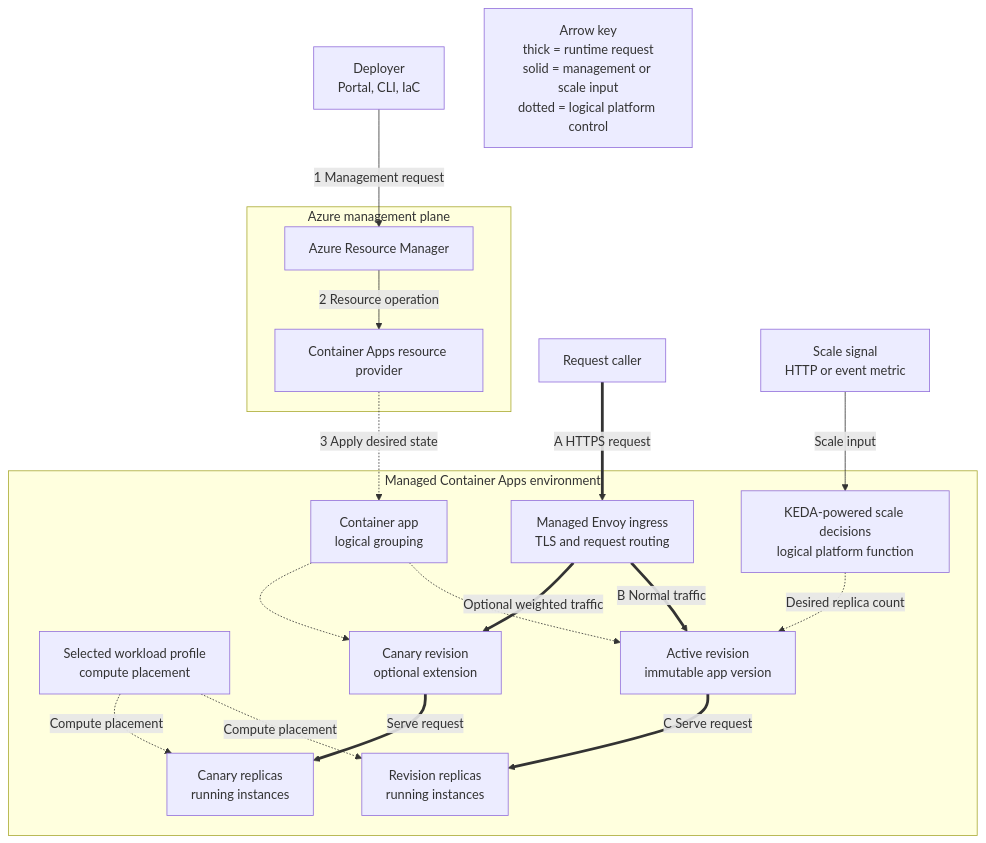
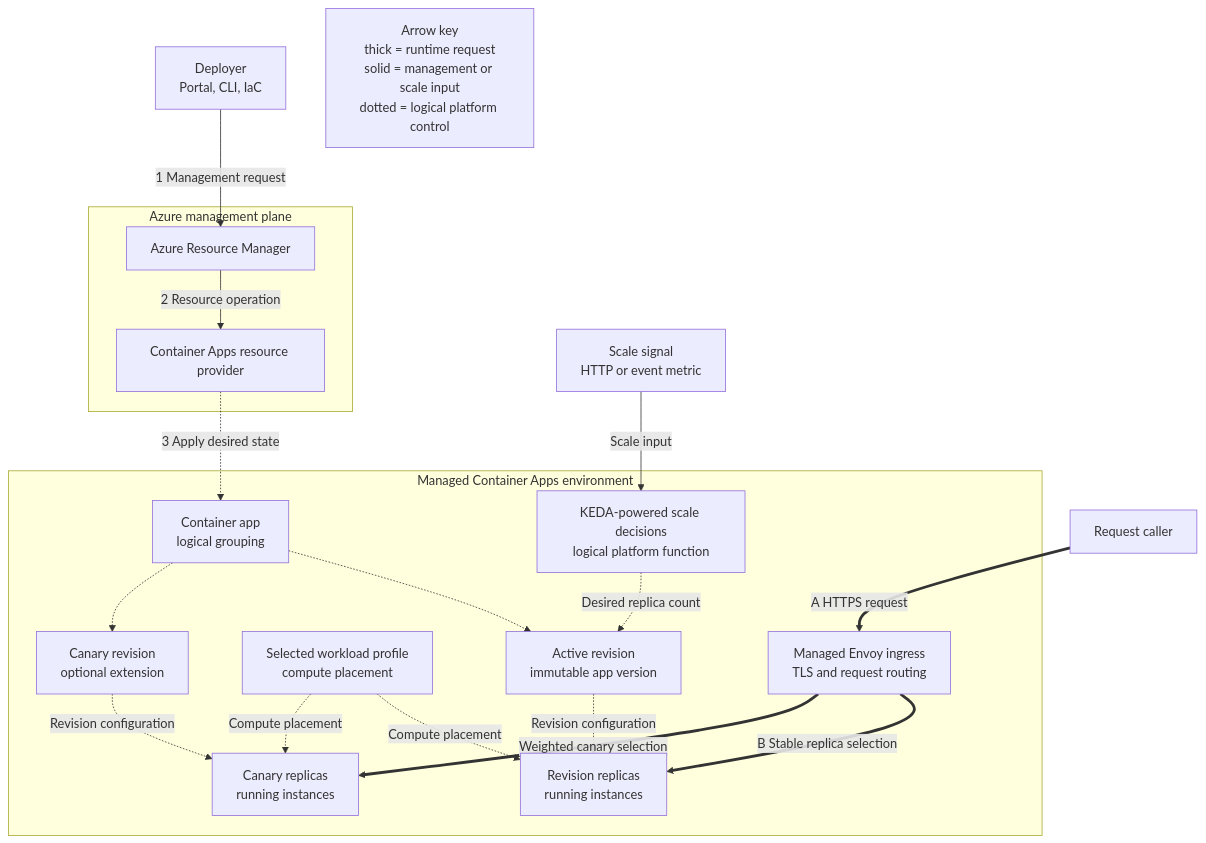
One commit to yeongseon/azure-container-apps-practical-guide changed the first of 2 diagrams in docs/platform/architecture/index.md. Above: the diagram before and after it, drawn with Mermaid. The commit also changed other lines of this file and 7 other files, not shown here.

First line of the commit message:
fix(diagrams): correct request paths and record review of platform and troubleshooting diagrams (#638)

````diff
--- a/docs/platform/architecture/index.md
+++ b/docs/platform/architecture/index.md
@@ -58,45 +58,45 @@
 ```mermaid
 flowchart TD
     accTitle: Azure Container Apps logical base topology
-    accDescr: Management requests pass through Azure Resource Manager and the Container Apps resource provider. In the managed environment, Envoy ingress routes requests to active revisions and their replicas, while KEDA-powered scale decisions change replica count within the selected workload profile.
+    accDescr: Management requests pass through Azure Resource Manager and the Container Apps resource provider. In the managed environment, Envoy ingress selects replicas under revision traffic rules, while revisions remain configuration groupings and KEDA-powered scale decisions change replica count within the selected workload profile.
 
     DEPLOYER["Deployer<br/>Portal, CLI, IaC"]
     CLIENT["Request caller"]
     SIGNAL["Scale signal<br/>HTTP or event metric"]
 
     subgraph MGMT["Azure management plane"]
         ARM["Azure Resource Manager"]
         RP["Container Apps resource provider"]
     end
 
     subgraph ENV["Managed Container Apps environment"]
         INGRESS["Managed Envoy ingress<br/>TLS and request routing"]
         PROFILES["Selected workload profile<br/>compute placement"]
         SCALE["KEDA-powered scale decisions<br/>logical platform function"]
         APP["Container app<br/>logical grouping"]
         REV_ACTIVE["Active revision<br/>immutable app version"]
         REPLICAS["Revision replicas<br/>running instances"]
         REV_CANARY["Canary revision<br/>optional extension"]
         CANARY_REPLICAS["Canary replicas<br/>running instances"]
     end
 
     DEPLOYER -->|"1  Management request"| ARM
     ARM -->|"2  Resource operation"| RP
     RP -.->|"3  Apply desired state"| APP
 
     CLIENT ==>|"A  HTTPS request"| INGRESS
-    INGRESS ==>|"B  Normal traffic"| REV_ACTIVE
-    REV_ACTIVE ==>|"C  Serve request"| REPLICAS
+    INGRESS ==>|"B  Stable replica selection"| REPLICAS
 
-    INGRESS ==>|"Optional weighted traffic"| REV_CANARY
-    REV_CANARY ==>|"Serve request"| CANARY_REPLICAS
+    INGRESS ==>|"Weighted canary selection"| CANARY_REPLICAS
 
     SIGNAL -->|"Scale input"| SCALE
     SCALE -.->|"Desired replica count"| REV_ACTIVE
     PROFILES -.->|"Compute placement"| REPLICAS
     PROFILES -.->|"Compute placement"| CANARY_REPLICAS
     APP -.-> REV_ACTIVE
     APP -.-> REV_CANARY
+    REV_ACTIVE -.->|"Revision configuration"| REPLICAS
+    REV_CANARY -.->|"Revision configuration"| CANARY_REPLICAS
 
     LEGEND["Arrow key<br/>thick = runtime request<br/>solid = management or scale input<br/>dotted = logical platform control"]
 ```
````
